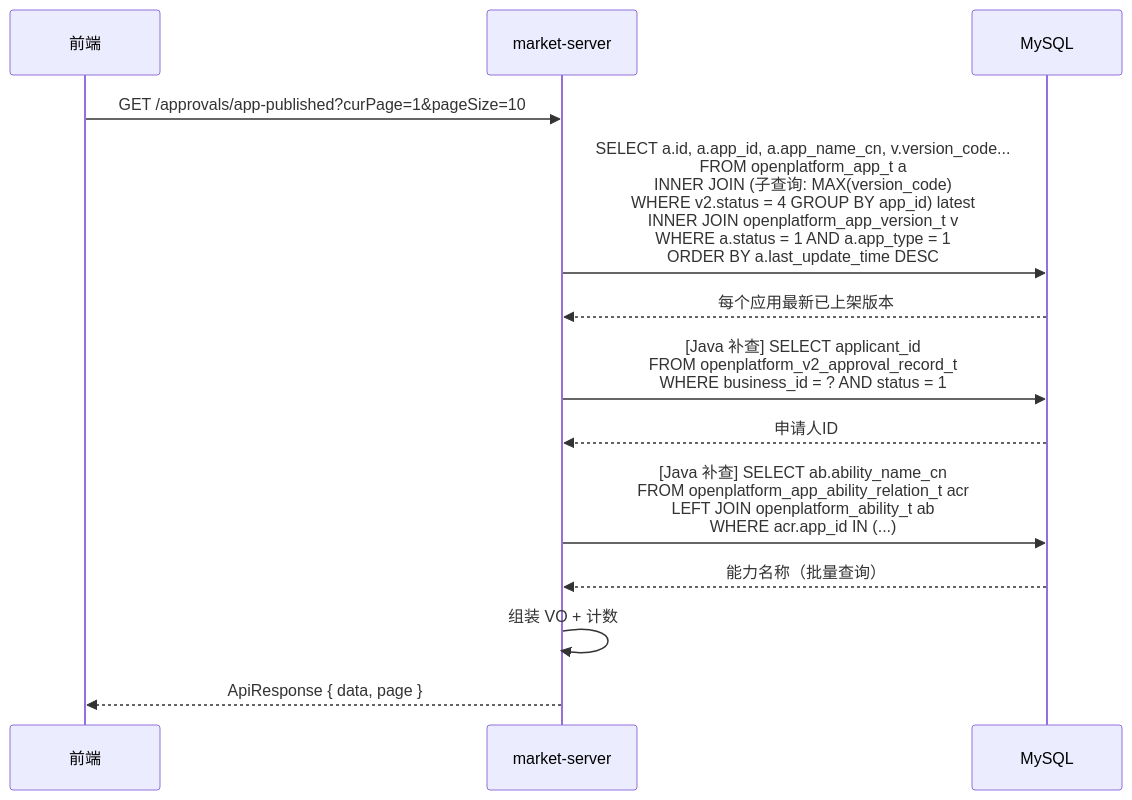
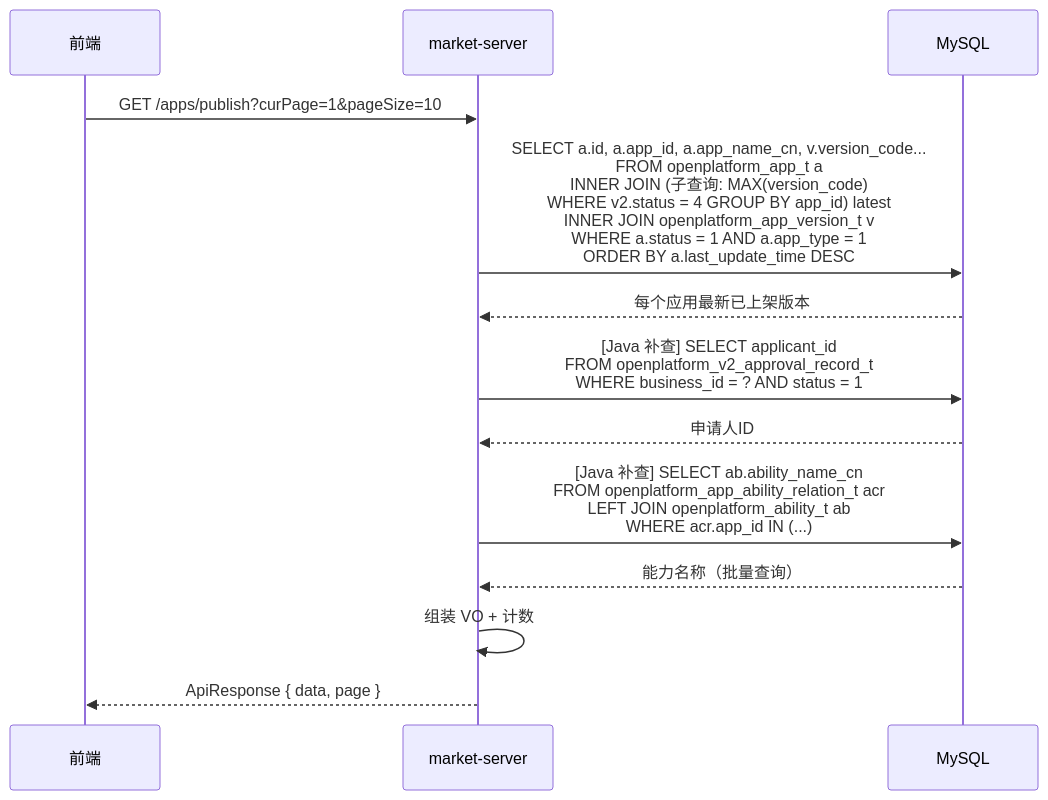
One commit to THZSummer/open-app changed the fifth of 7 diagrams in docs/market-server/approval-management-requirement.md. Above: the diagram before and after it, drawn with Mermaid. The commit also changed other lines of this file and 3 other files, not shown here.

First line of the commit message:
refactor(approval): rename API URL prefix /approvals/ -> /apps/

````diff
--- a/docs/market-server/approval-management-requirement.md
+++ b/docs/market-server/approval-management-requirement.md
@@ -460,16 +461,16 @@
 ```mermaid
 sequenceDiagram
     participant FE as 前端
     participant MS as market-server
     participant DB as MySQL
 
-    FE->>MS: GET /approvals/app-published?curPage=1&pageSize=10
+    FE->>MS: GET /apps/publish?curPage=1&pageSize=10
     MS->>DB: SELECT a.id, a.app_id, a.app_name_cn, v.version_code...<br/>FROM openplatform_app_t a<br/>INNER JOIN (子查询: MAX(version_code)<br/>WHERE v2.status = 4 GROUP BY app_id) latest<br/>INNER JOIN openplatform_app_version_t v<br/>WHERE a.status = 1 AND a.app_type = 1<br/>ORDER BY a.last_update_time DESC
     DB-->>MS: 每个应用最新已上架版本
     MS->>DB: [Java 补查] SELECT applicant_id<br/>FROM openplatform_v2_approval_record_t<br/>WHERE business_id = ? AND status = 1
     DB-->>MS: 申请人ID
     MS->>DB: [Java 补查] SELECT ab.ability_name_cn<br/>FROM openplatform_app_ability_relation_t acr<br/>LEFT JOIN openplatform_ability_t ab<br/>WHERE acr.app_id IN (...)
     DB-->>MS: 能力名称（批量查询）
     MS->>MS: 组装 VO + 计数
     MS-->>FE: ApiResponse { data, page }
 ```
````
